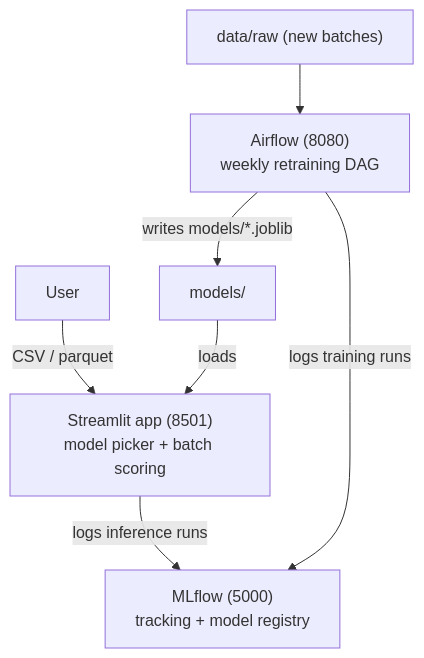
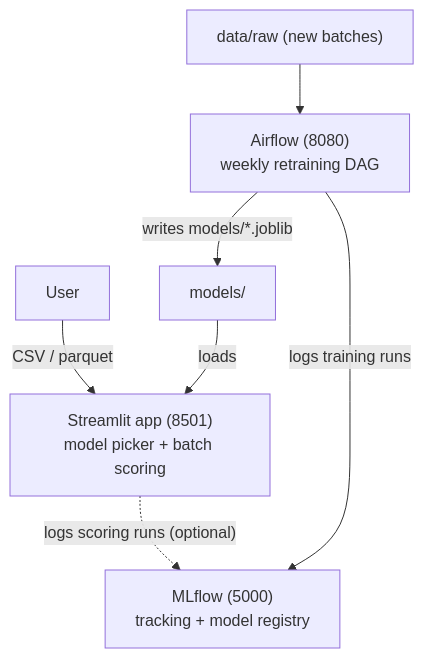
Before and after one commit to RafaelGallo/MLOps-car-insurance-claim-prediction: the diagram in README.md, drawn with Mermaid. The commit also changed other lines of this file and 15 other files, not shown here.

````diff
--- a/README.md
+++ b/README.md
@@ -122,9 +187,9 @@
 ```mermaid
 flowchart TD
     U["User"] -->|"CSV / parquet"| S["Streamlit app (8501)<br/>model picker + batch scoring"]
     D["data/raw (new batches)"] --> A["Airflow (8080)<br/>weekly retraining DAG"]
     A -->|"writes models/*.joblib"| R["models/"]
     R -->|"loads"| S
-    S -->|"logs inference runs"| M["MLflow (5000)<br/>tracking + model registry"]
+    S -.->|"logs scoring runs (optional)"| M["MLflow (5000)<br/>tracking + model registry"]
     A -->|"logs training runs"| M
 ```
````
